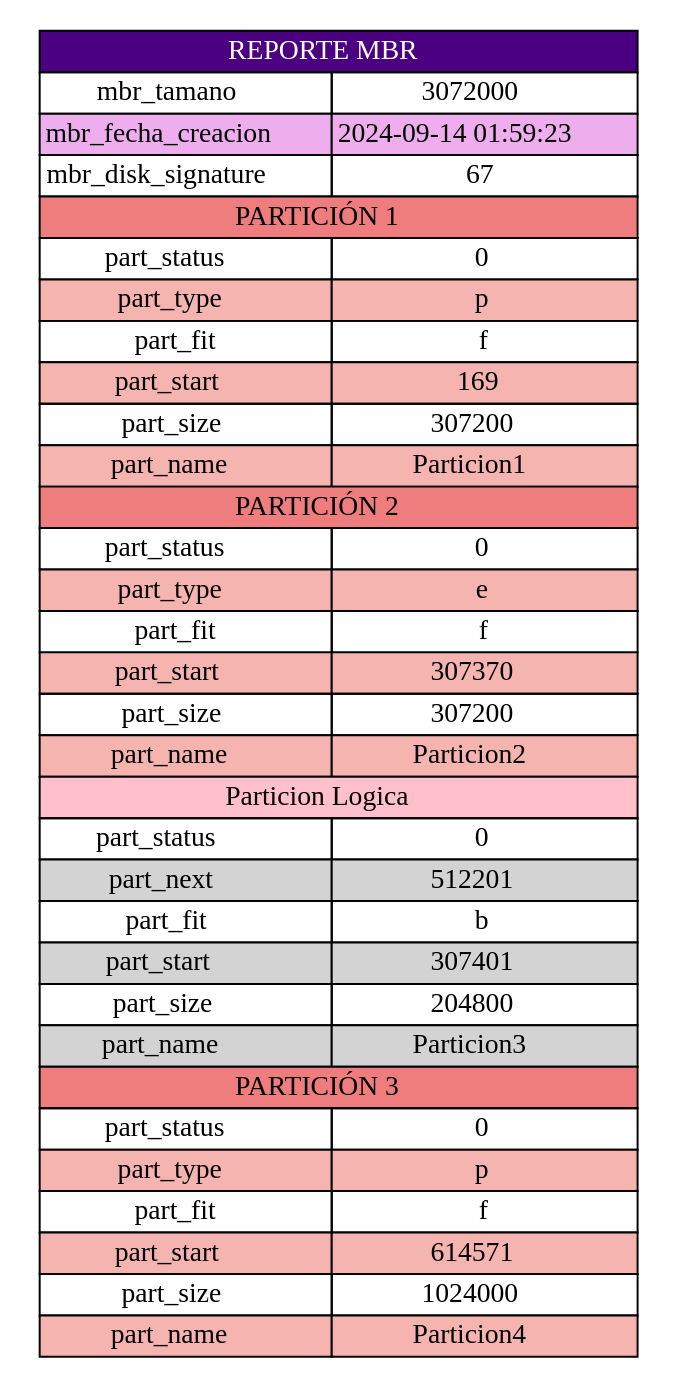
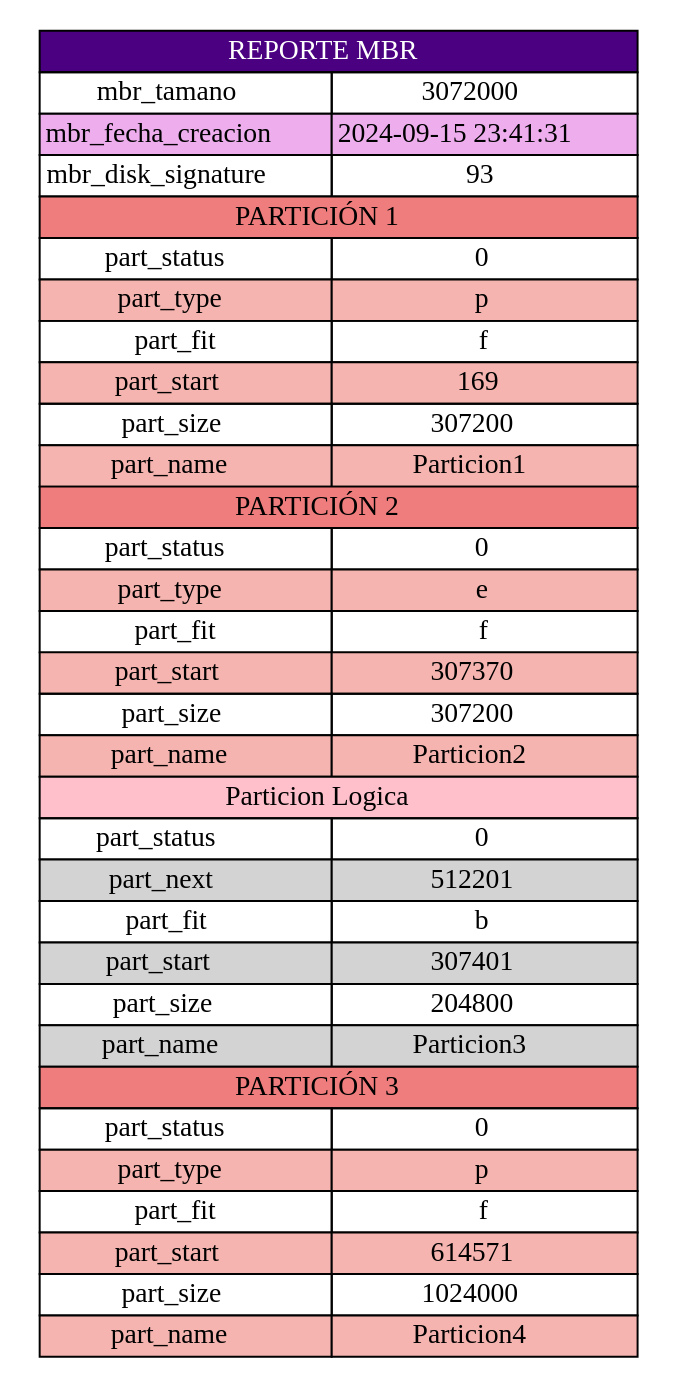
One commit to Josue013/MIA_2S_P1_202202481 changed the diagram in output/reporteMBR.pdf.dot. Above: the diagram before and after it, drawn with Graphviz. The commit also changed 23 other files, not shown here.

```diff
--- a/output/reporteMBR.pdf.dot
+++ b/output/reporteMBR.pdf.dot
@@ -1,40 +1,40 @@
 digraph G {
 			node [shape=plaintext]
 			tabla [label=<
 					<table border="0" cellborder="1" cellspacing="0">
 							<tr><td colspan="2" bgcolor="indigo"><font color="white">REPORTE MBR</font></td></tr>
 							<tr><td>mbr_tamano</td><td>3072000</td></tr>
-							<tr><td bgcolor="plum2">mbr_fecha_creacion</td><td bgcolor="plum2">2024-09-14 01:59:23</td></tr>
-							<tr><td>mbr_disk_signature</td><td>67</td></tr>
+							<tr><td bgcolor="plum2">mbr_fecha_creacion</td><td bgcolor="plum2">2024-09-15 23:41:31</td></tr>
+							<tr><td>mbr_disk_signature</td><td>93</td></tr>
 	
 					<tr><td colspan="2" bgcolor="#f07d7d"> PARTICIÓN 1 </td></tr>
 					<tr><td>part_status</td><td>0</td></tr>
 					<tr><td bgcolor="#f5b4af">part_type</td><td bgcolor="#f5b4af">p</td></tr>
 					<tr><td>part_fit</td><td>f</td></tr>
 					<tr><td bgcolor="#f5b4af">part_start</td><td bgcolor="#f5b4af">169</td></tr>
 					<tr><td>part_size</td><td>307200</td></tr>
 					<tr><td bgcolor="#f5b4af">part_name</td><td bgcolor="#f5b4af">Particion1</td></tr>
 			
 					<tr><td colspan="2" bgcolor="#f07d7d"> PARTICIÓN 2 </td></tr>
 					<tr><td>part_status</td><td>0</td></tr>
 					<tr><td bgcolor="#f5b4af">part_type</td><td bgcolor="#f5b4af">e</td></tr>
 					<tr><td>part_fit</td><td>f</td></tr>
 					<tr><td bgcolor="#f5b4af">part_start</td><td bgcolor="#f5b4af">307370</td></tr>
 					<tr><td>part_size</td><td>307200</td></tr>
 					<tr><td bgcolor="#f5b4af">part_name</td><td bgcolor="#f5b4af">Particion2</td></tr>
 						<TR><TD bgcolor="pink" COLSPAN="2">Particion Logica</TD></TR>
 			<TR><TD> part_status </TD><TD>0</TD></TR>
 			<TR><TD bgcolor="#D3D3D3"> part_next </TD><TD bgcolor="#D3D3D3">512201</TD></TR>
 			<TR><TD> part_fit </TD><TD>b</TD></TR>
 			<TR><TD bgcolor="#D3D3D3"> part_start </TD><TD bgcolor="#D3D3D3">307401</TD></TR>
 			<TR><TD> part_size </TD><TD>204800</TD></TR>
 			<TR><TD bgcolor="#D3D3D3"> part_name </TD><TD bgcolor="#D3D3D3">Particion3</TD></TR>
 
 					<tr><td colspan="2" bgcolor="#f07d7d"> PARTICIÓN 3 </td></tr>
 					<tr><td>part_status</td><td>0</td></tr>
 					<tr><td bgcolor="#f5b4af">part_type</td><td bgcolor="#f5b4af">p</td></tr>
 					<tr><td>part_fit</td><td>f</td></tr>
 					<tr><td bgcolor="#f5b4af">part_start</td><td bgcolor="#f5b4af">614571</td></tr>
 					<tr><td>part_size</td><td>1024000</td></tr>
 					<tr><td bgcolor="#f5b4af">part_name</td><td bgcolor="#f5b4af">Particion4</td></tr>
 			</table>>] }
```
